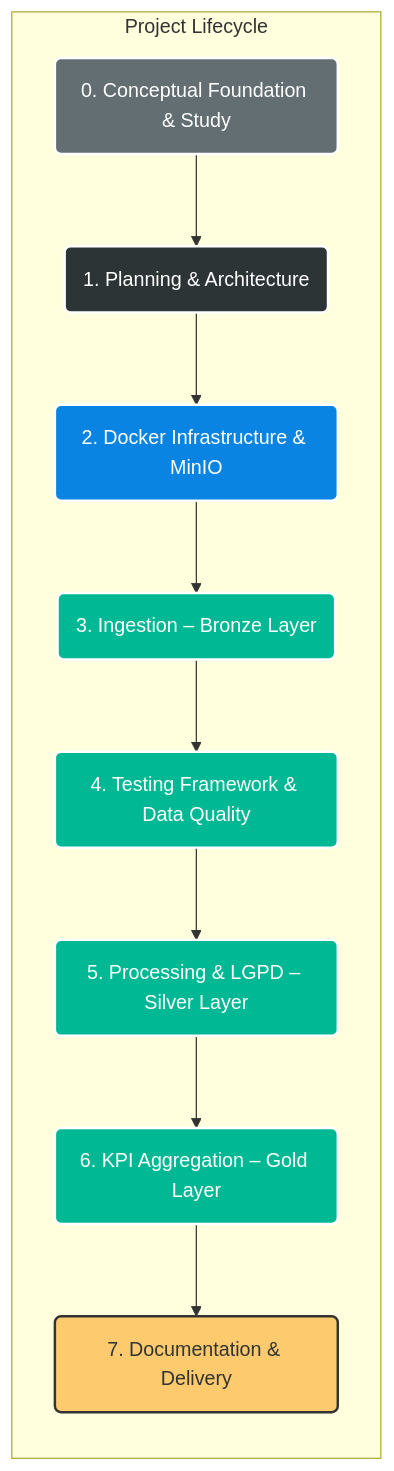
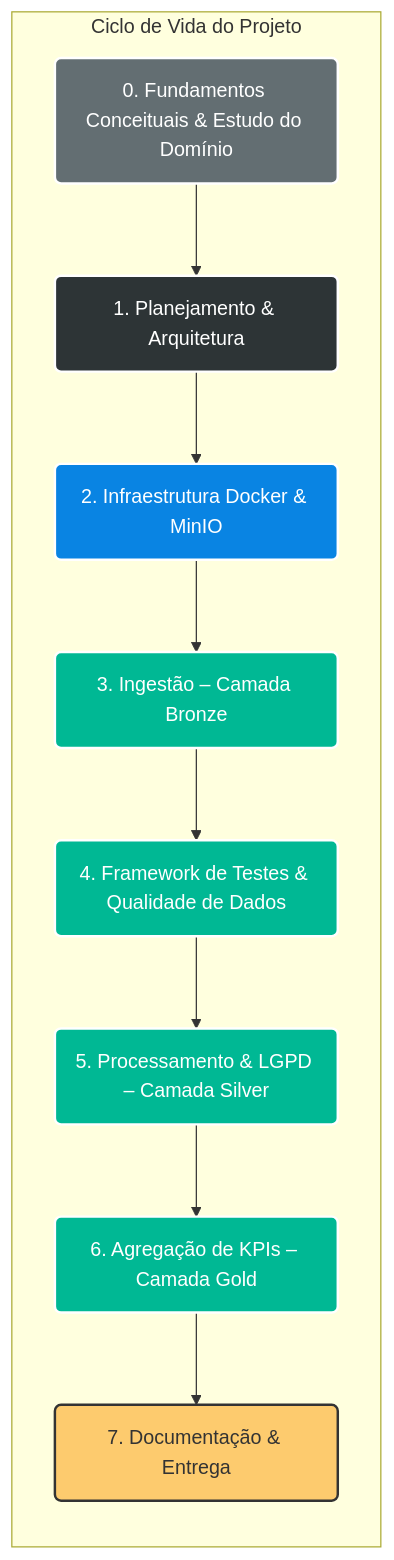
Before and after one commit to arthurgmv/projeto_data_masters: the first of 2 diagrams in README.md, drawn with Mermaid. The commit also changed other lines of this file and 14 other files, not shown here.

````diff
--- a/README.md
+++ b/README.md
@@ -28,19 +25,19 @@
 ```mermaid
 graph TD
     classDef study fill:#636e72,stroke:#fff,stroke-width:2px,color:#fff;
     classDef planning fill:#2d3436,stroke:#fff,stroke-width:2px,color:#fff;
     classDef infra fill:#0984e3,stroke:#fff,stroke-width:2px,color:#fff;
     classDef code fill:#00b894,stroke:#fff,stroke-width:2px,color:#fff;
     classDef deliver fill:#fdcb6e,stroke:#333,stroke-width:2px,color:#333;
 
-    subgraph Timeline [Project Lifecycle]
+    subgraph Timeline [Ciclo de Vida do Projeto]
         direction TB
-        Z(0. Conceptual Foundation & Study):::study --> A(1. Planning & Architecture):::planning
-        A --> B(2. Docker Infrastructure & MinIO):::infra
-        B --> C(3. Ingestion – Bronze Layer):::code
-        C --> D(4. Testing Framework & Data Quality):::code
-        D --> E(5. Processing & LGPD – Silver Layer):::code
-        E --> F(6. KPI Aggregation – Gold Layer):::code
-        F --> G(7. Documentation & Delivery):::deliver
+        Z(0. Fundamentos Conceituais & Estudo do Domínio):::study --> A(1. Planejamento & Arquitetura):::planning
+        A --> B(2. Infraestrutura Docker & MinIO):::infra
+        B --> C(3. Ingestão – Camada Bronze):::code
+        C --> D(4. Framework de Testes & Qualidade de Dados):::code
+        D --> E(5. Processamento & LGPD – Camada Silver):::code
+        E --> F(6. Agregação de KPIs – Camada Gold):::code
+        F --> G(7. Documentação & Entrega):::deliver
     end
 ```
````
